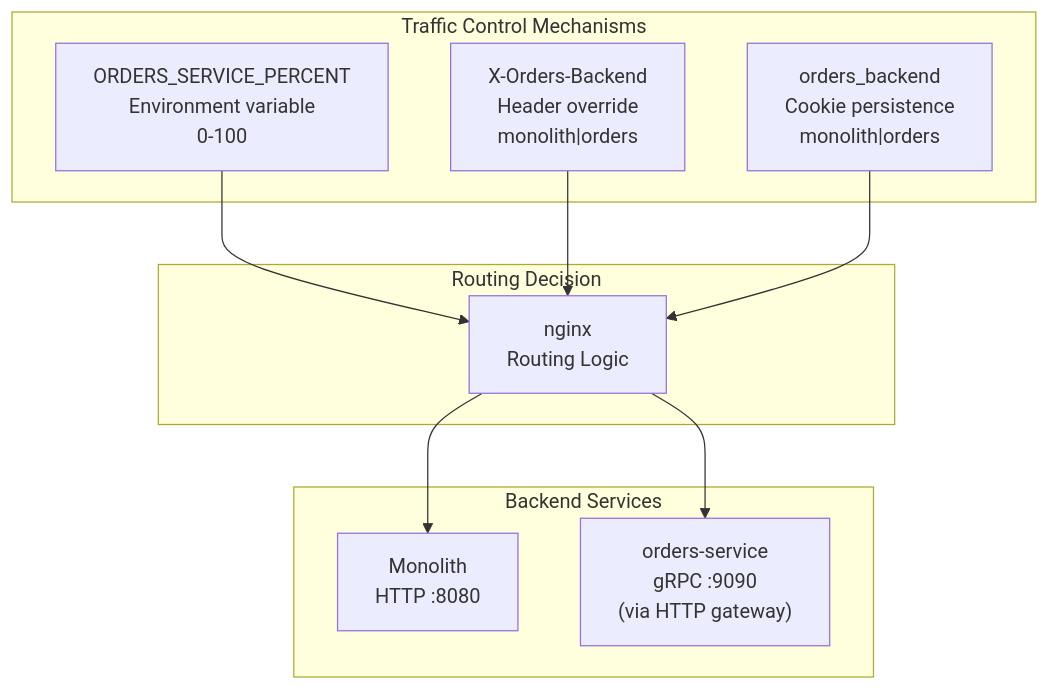
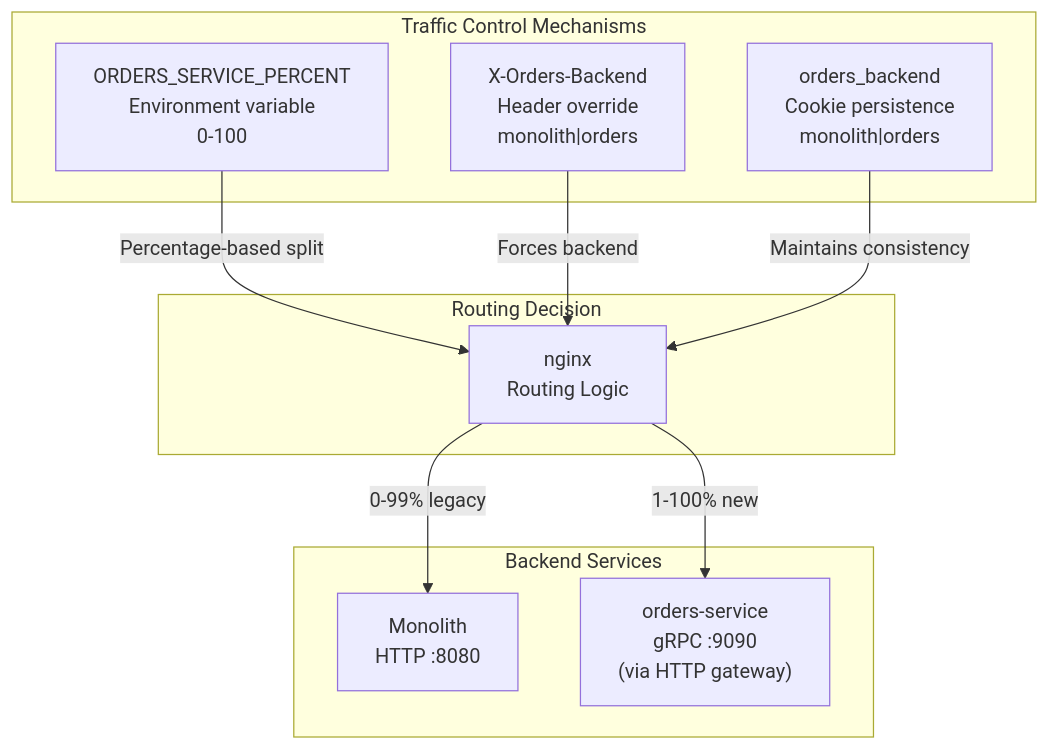
Before and after one commit to philipz/spring-modular-monolith: the sixth of 7 diagrams in docs/deepwiki/Orders-Microservice-Extraction.md, drawn with Mermaid. The commit also changed other lines of this file and 55 other files, not shown here.

````diff
--- a/docs/deepwiki/Orders-Microservice-Extraction.md
+++ b/docs/deepwiki/Orders-Microservice-Extraction.md
@@ -360,31 +360,31 @@
 ```mermaid
 flowchart TD
 
 EnvVar["ORDERS_SERVICE_PERCENT<br>Environment variable<br>0-100"]
 Header["X-Orders-Backend<br>Header override<br>monolith|orders"]
 Cookie["orders_backend<br>Cookie persistence<br>monolith|orders"]
 Nginx["nginx<br>Routing Logic"]
 Monolith["Monolith<br>HTTP :8080"]
 OrdersSvc["orders-service<br>gRPC :9090<br>(via HTTP gateway)"]
 
-EnvVar --> Nginx
-Header --> Nginx
-Cookie --> Nginx
-Nginx --> Monolith
-Nginx --> OrdersSvc
+EnvVar -->|"Percentage-based split"| Nginx
+Header -->|"Forces backend"| Nginx
+Cookie -->|"Maintains consistency"| Nginx
+Nginx -->|"0-99% legacy"| Monolith
+Nginx -->|"1-100% new"| OrdersSvc
 
 subgraph subGraph2 ["Backend Services"]
     Monolith
     OrdersSvc
 end
 
 subgraph subGraph1 ["Routing Decision"]
     Nginx
 end
 
 subgraph subGraph0 ["Traffic Control Mechanisms"]
     EnvVar
     Header
     Cookie
 end
 ```
````
